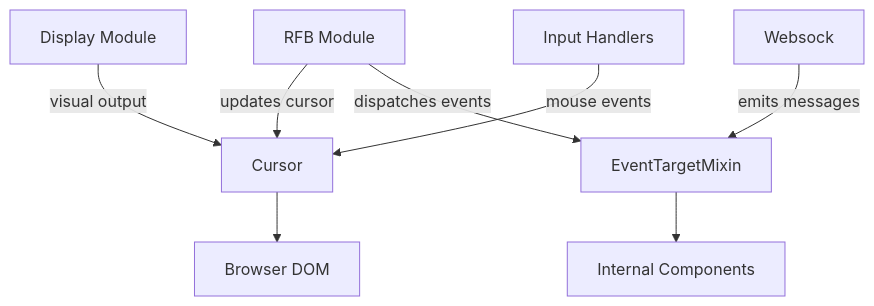
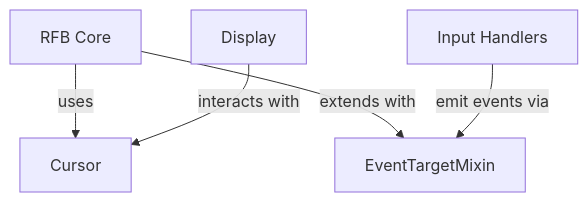
One commit to Ylianst/MeshCentral changed the first of 6 diagrams in docs/reference/architecture/utility/utility.md. Above: the diagram before and after it, drawn with Mermaid. The commit also changed other lines of this file and 642 other files, not shown here.

````diff
--- a/docs/reference/architecture/utility/utility.md
+++ b/docs/reference/architecture/utility/utility.md
@@ -21,12 +28,7 @@
 ```mermaid
 flowchart TD
-    RFB["RFB Module"] -->|"updates cursor"| Cursor["Cursor"]
-    Display["Display Module"] -->|"visual output"| Cursor
-    InputHandlers["Input Handlers"] -->|"mouse events"| Cursor
-
-    RFB -->|"dispatches events"| EventTarget["EventTargetMixin"]
-    Websock["Websock"] -->|"emits messages"| EventTarget
-
-    Cursor --> DOM["Browser DOM"]
-    EventTarget --> Components["Internal Components"]
+    RFB["RFB Core"] -->|"uses"| Cursor["Cursor"]
+    RFB -->|"extends with"| EventMixin["EventTargetMixin"]
+    Display["Display"] -->|"interacts with"| Cursor
+    InputHandlers["Input Handlers"] -->|"emit events via"| EventMixin
 ```
````
